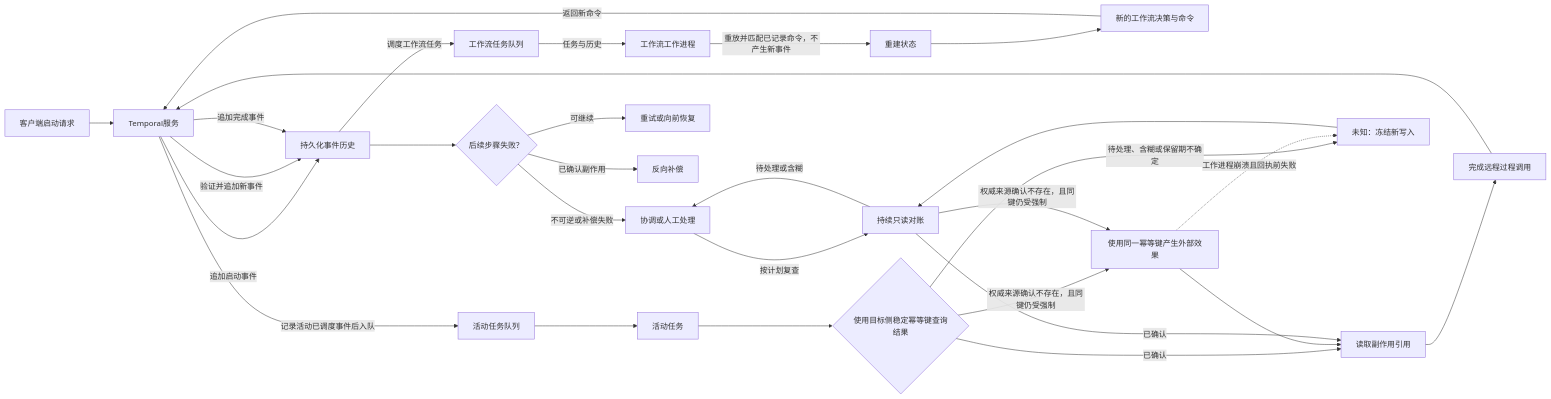
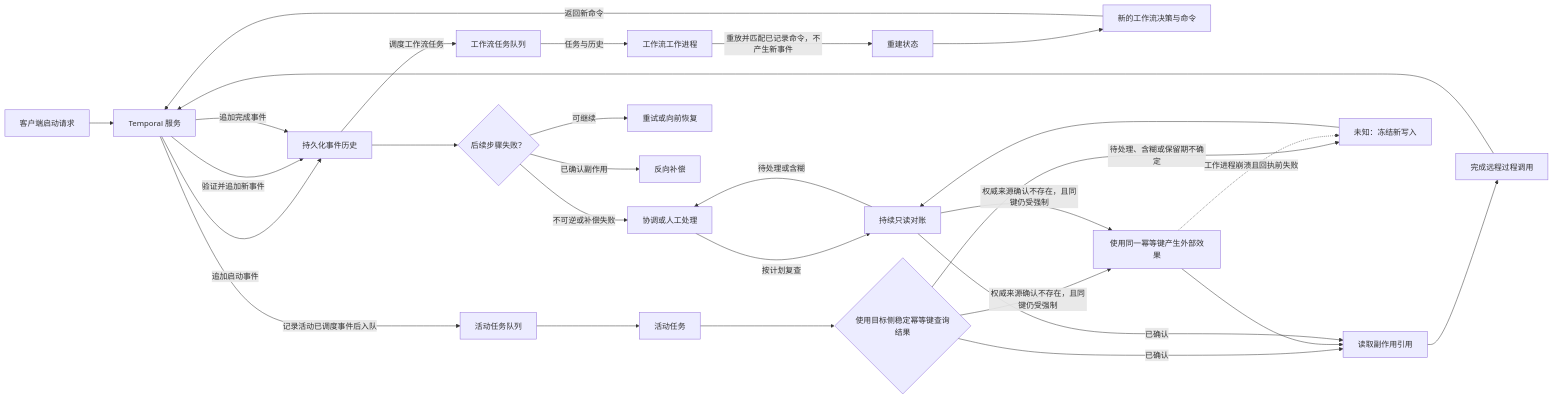
The diagram in content/cases/temporal-saga-durable-execution.mdx (sealday/tego-arch), drawn with Mermaid before and after one commit. The commit also changed other lines of this file and 33 other files, not shown here.

````diff
--- a/content/cases/temporal-saga-durable-execution.mdx
+++ b/content/cases/temporal-saga-durable-execution.mdx
@@ -140,33 +140,33 @@
 ```mermaid
 flowchart LR
-    C["客户端启动请求"] --> TS["Temporal服务"]
+    C["客户端启动请求"] --> TS["Temporal 服务"]
     TS -->|"追加启动事件"| H["持久化事件历史"]
     H -->|"调度工作流任务"| WTQ["工作流任务队列"]
     WTQ -->|"任务与历史"| WW["工作流工作进程"]
     WW -->|"重放并匹配已记录命令，不产生新事件"| STATE["重建状态"]
     STATE --> CMD["新的工作流决策与命令"]
     CMD -->|"返回新命令"| TS
     TS -->|"验证并追加新事件"| H
 
     TS -->|"记录活动已调度事件后入队"| ATQ["活动任务队列"]
     ATQ --> A["活动任务"]
     A --> K{"使用目标侧稳定幂等键查询结果"}
     K -->|"已确认"| L["读取副作用引用"]
     K -->|"权威来源确认不存在，且同键仍受强制"| E["使用同一幂等键产生外部效果"]
     K -->|"待处理、含糊或保留期不确定"| U["未知：冻结新写入"]
     E --> L
     L --> R["完成远程过程调用"] --> TS
     TS -->|"追加完成事件"| H
     E -. "工作进程崩溃且回执前失败" .-> U
 
     U --> Q["持续只读对账"]
     Q -->|"已确认"| L
     Q -->|"权威来源确认不存在，且同键仍受强制"| E
     Q -->|"待处理或含糊"| M["协调或人工处理"]
     M -->|"按计划复查"| Q
 
     H --> S{"后续步骤失败？"}
     S -->|"可继续"| F["重试或向前恢复"]
     S -->|"已确认副作用"| B["反向补偿"]
     S -->|"不可逆或补偿失败"| M
 ```
````
